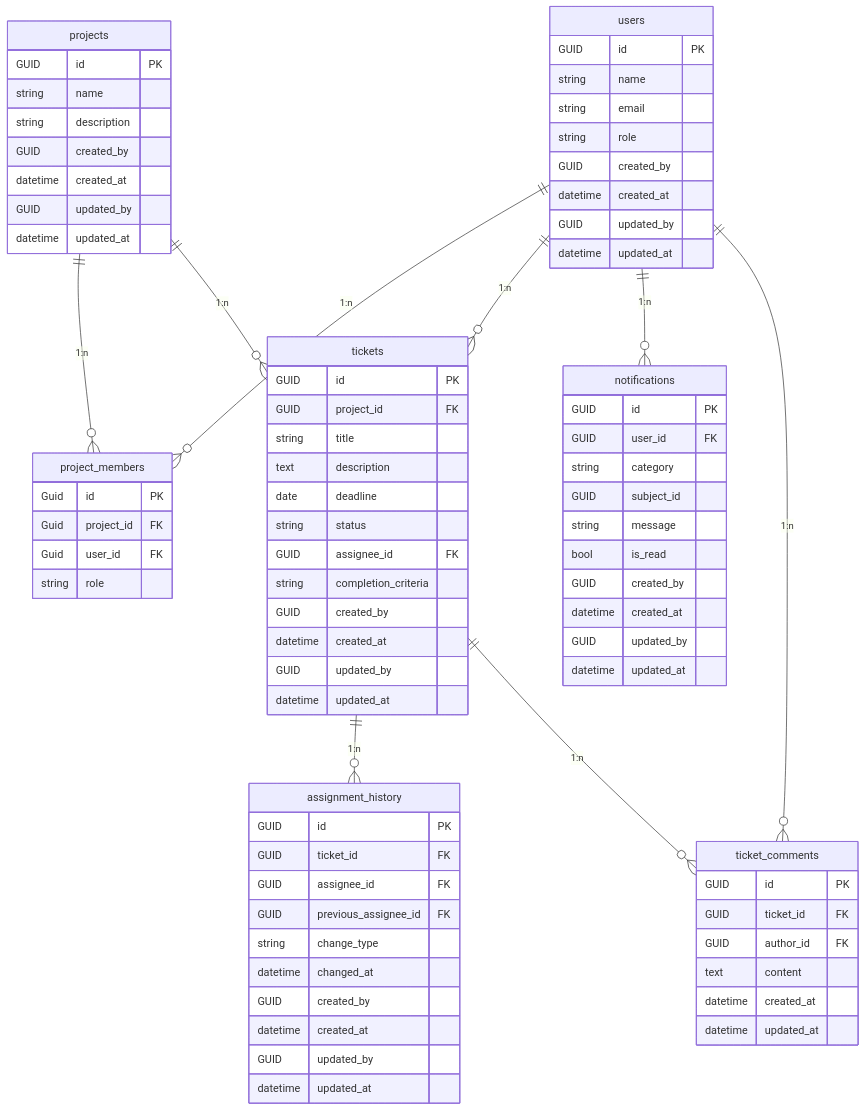
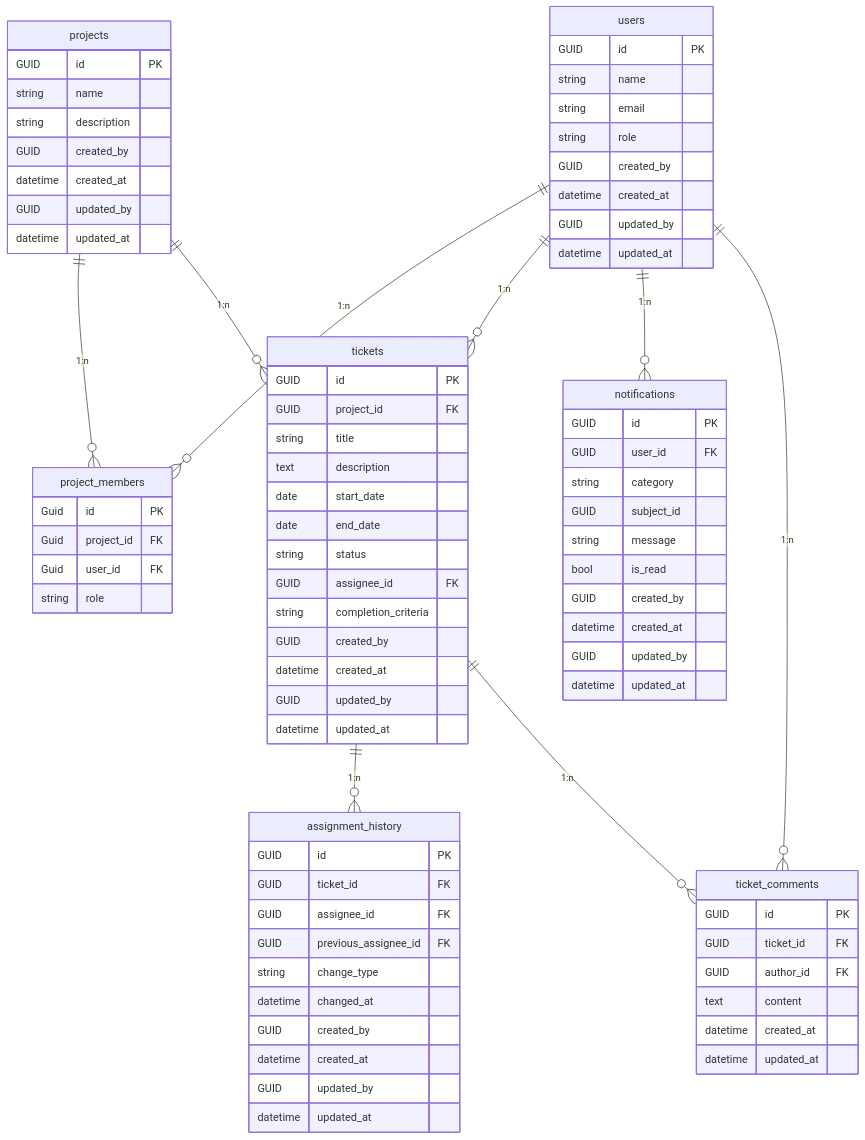
The diagram in 02.design/er-diagram.md (kuairen-227/pm-app-docs), drawn with Mermaid before and after one commit. The commit also changed 1 other file, not shown here.

Commit message:
feat(design): :sparkles: チケットを期限だけでなく開始日・終了日のスケジュールで管理

```diff
--- a/02.design/er-diagram.md
+++ b/02.design/er-diagram.md
@@ -32,7 +32,8 @@
         GUID project_id FK
         string title
         text description
-        date deadline
+        date start_date
+        date end_date
         string status
         GUID assignee_id FK
         string completion_criteria
```
